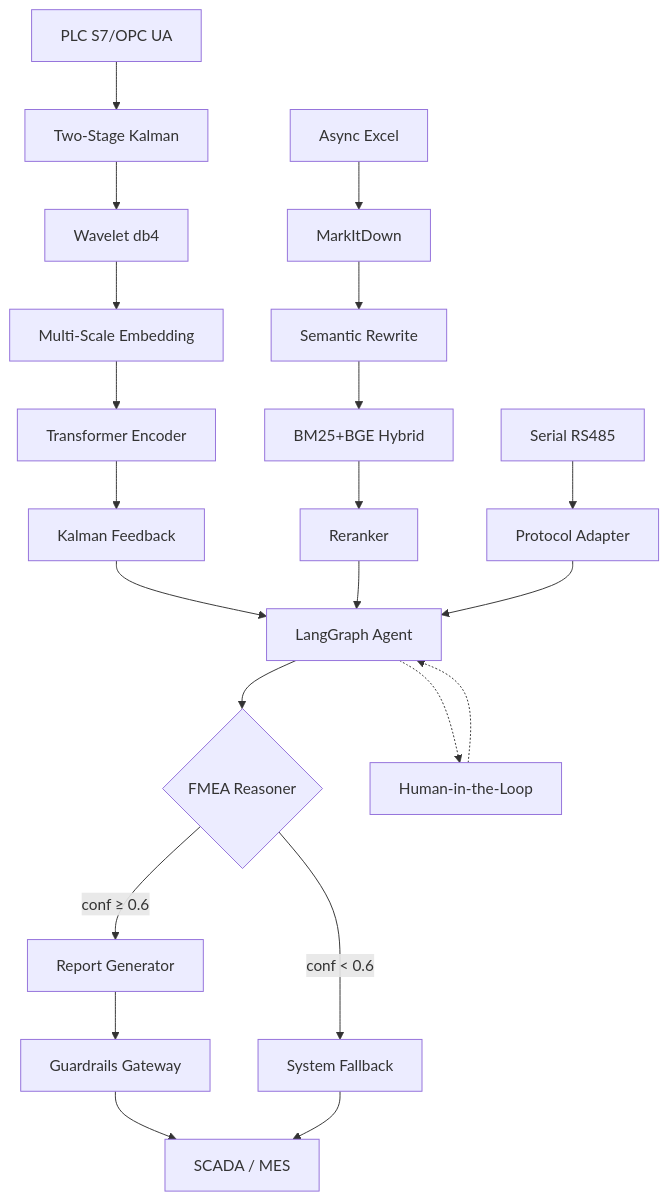
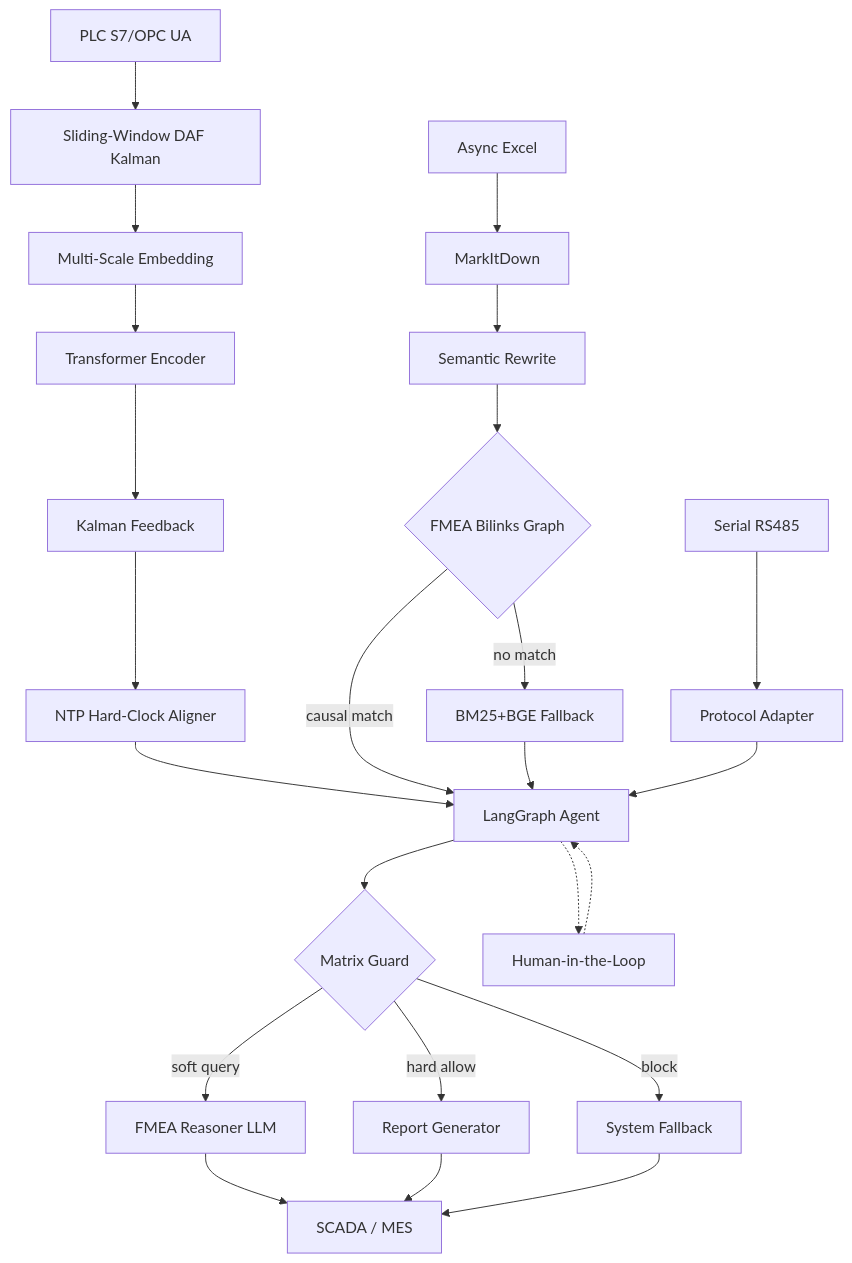
One commit to SeanXJTU99/InduFmeaTimeSeries changed the diagram in README.md. Above: the diagram before and after it, drawn with Mermaid. The commit also changed other lines of this file, not shown here.

Commit message:
docs: update README for algorithm upgrade phase
- Add Phase 2b row for 2025.12 algorithm robustness upgrades
- Replace architecture Mermaid diagram with post-upgrade topology
  (DAF Kalman, Bilinks graph, Matrix Guard, BCO aligner)
- Update safety section: 3D matrix guard replaces JSON Schema chain
- Update project structure for new modules

````diff
--- a/README.md
+++ b/README.md
@@ -18,29 +19,32 @@
 ```mermaid
 graph TD
-    A[PLC S7/OPC UA] --> B[Two-Stage Kalman]
-    B --> C[Wavelet db4]
-    C --> D[Multi-Scale Embedding]
-    D --> E[Transformer Encoder]
-    E --> F[Kalman Feedback]
+    A[PLC S7/OPC UA] --> B[Sliding-Window DAF Kalman]
+    B --> C[Multi-Scale Embedding]
+    C --> D[Transformer Encoder]
+    D --> E[Kalman Feedback]
 
-    G[Async Excel] --> H[MarkItDown]
-    H --> I[Semantic Rewrite]
-    I --> J[BM25+BGE Hybrid]
-    J --> K[Reranker]
+    F[Async Excel] --> G[MarkItDown]
+    G --> H[Semantic Rewrite]
 
-    L[Serial RS485] --> M[Protocol Adapter]
+    I[Serial RS485] --> J[Protocol Adapter]
 
-    F --> N[LangGraph Agent]
-    K --> N
-    M --> N
+    K[NTP Hard-Clock Aligner] --> L[LangGraph Agent]
 
-    N --> O{FMEA Reasoner}
-    O -->|conf ≥ 0.6| P[Report Generator]
-    O -->|conf < 0.6| Q[System Fallback]
-    P --> R[Guardrails Gateway]
-    R --> S[SCADA / MES]
-    Q --> S
+    E --> K
+    H --> M{FMEA Bilinks Graph}
+    M -->|causal match| L
+    M -->|no match| N[BM25+BGE Fallback]
+    N --> L
+    J --> L
 
-    N -.-> T[Human-in-the-Loop]
-    T -.-> N
+    L --> O{Matrix Guard}
+    O -->|hard allow| P[Report Generator]
+    O -->|soft query| Q[FMEA Reasoner LLM]
+    O -->|block| R[System Fallback]
+    Q --> S[SCADA / MES]
+    P --> S
+    R --> S
+
+    L -.-> T[Human-in-the-Loop]
+    T -.-> L
 ```
````
